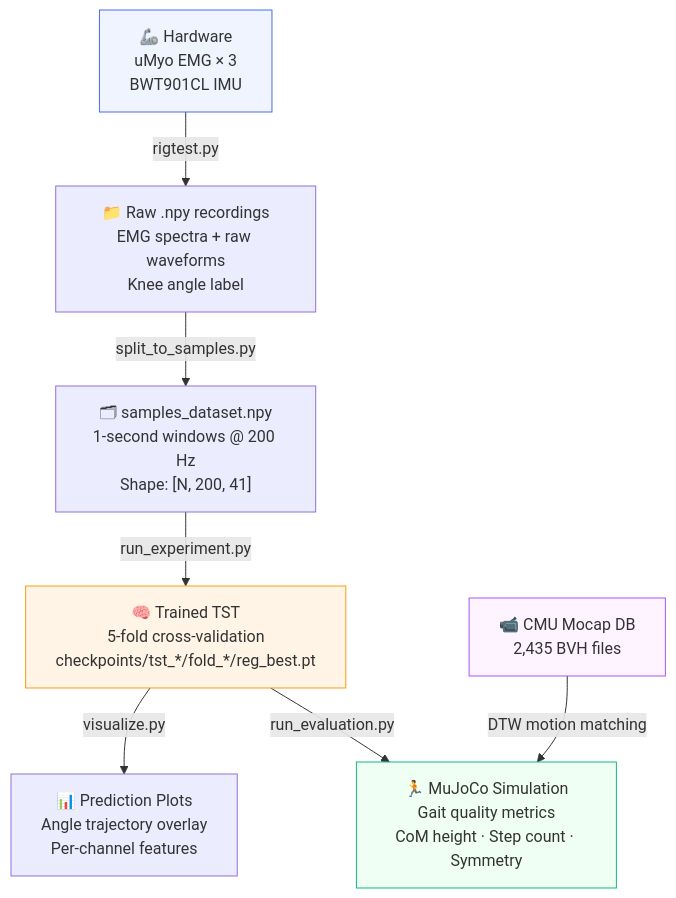
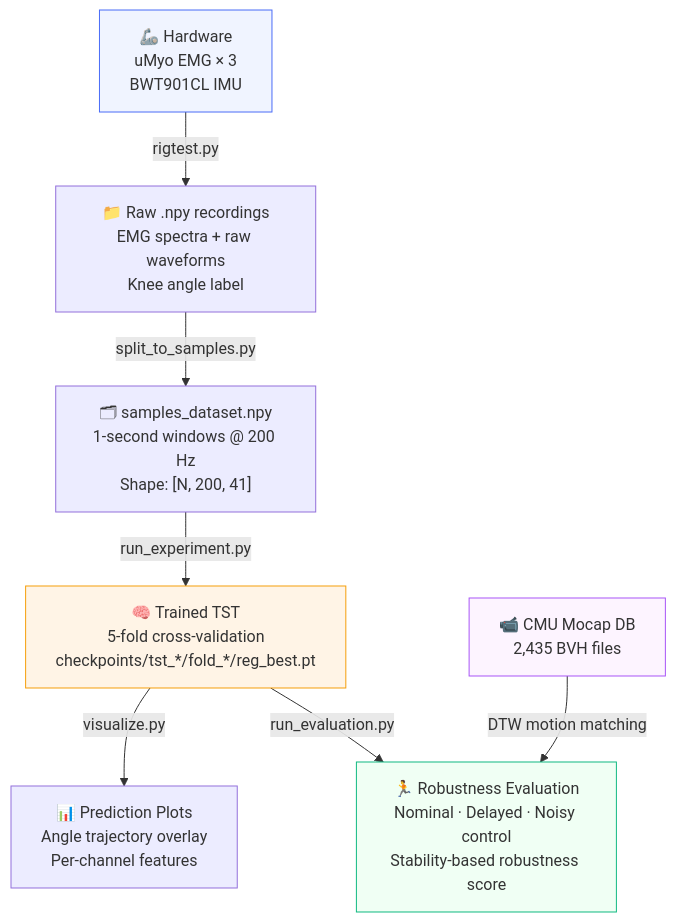
The first of 4 diagrams in README.md (aoyun2/emg_tst), drawn with Mermaid before and after one commit. The commit also changed other lines of this file and 3 other files, not shown here.

Commit message:
Update README for robustness evaluation and remove CLAUDE guide

````diff
--- a/README.md
+++ b/README.md
@@ -16,14 +16,14 @@
 ```mermaid
 flowchart TD
     A["🦾 Hardware<br/>uMyo EMG × 3<br/>BWT901CL IMU"] -->|"rigtest.py"| B["📁 Raw .npy recordings<br/>EMG spectra + raw waveforms<br/>Knee angle label"]
     B -->|"split_to_samples.py"| C["🗂 samples_dataset.npy<br/>1-second windows @ 200 Hz<br/>Shape: [N, 200, 41]"]
     C -->|"run_experiment.py"| D["🧠 Trained TST<br/>5-fold cross-validation<br/>checkpoints/tst_*/fold_*/reg_best.pt"]
     D -->|"visualize.py"| E["📊 Prediction Plots<br/>Angle trajectory overlay<br/>Per-channel features"]
-    D -->|"run_evaluation.py"| F["🏃 MuJoCo Simulation<br/>Gait quality metrics<br/>CoM height · Step count · Symmetry"]
+    D -->|"run_evaluation.py"| F["🏃 Robustness Evaluation<br/>Nominal · Delayed · Noisy control<br/>Stability-based robustness score"]
     G["📹 CMU Mocap DB<br/>2,435 BVH files"] -->|"DTW motion matching"| F
 
     style A fill:#f0f4ff,stroke:#4a6cf7
     style D fill:#fff4e6,stroke:#f59e0b
     style F fill:#f0fff4,stroke:#10b981
     style G fill:#fdf4ff,stroke:#a855f7
 ```
````
